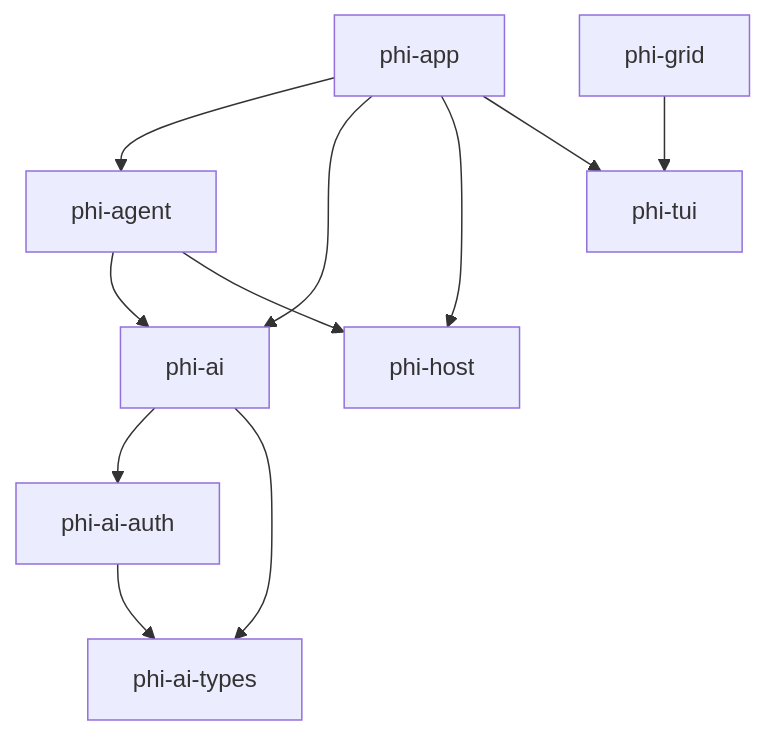
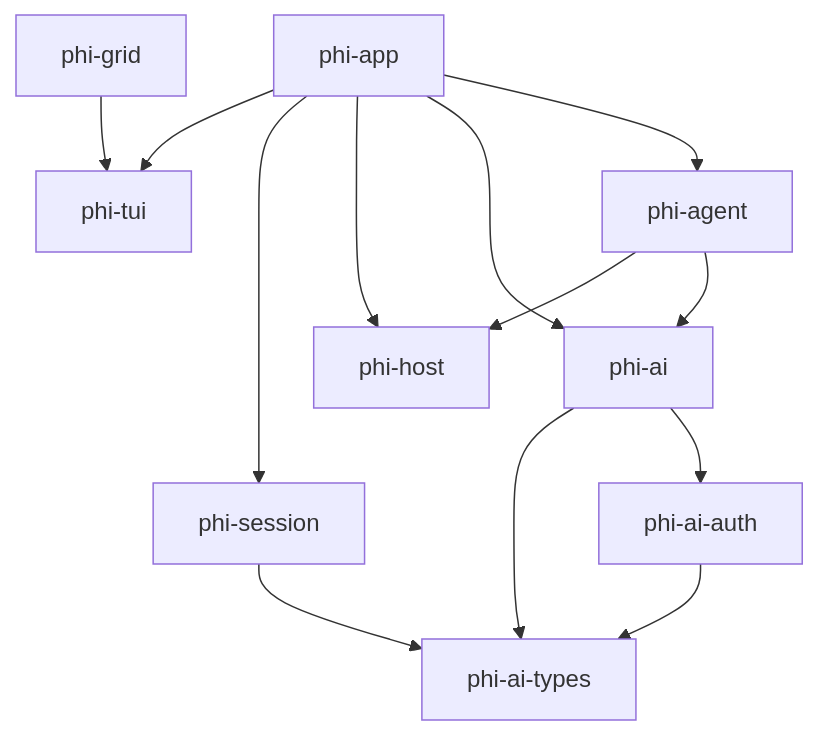
Before and after one commit to y0usaf/phi: the diagram in ARCHITECTURE.md, drawn with Mermaid. The commit also changed other lines of this file and 15 other files, not shown here.

First line of the commit message:
feat(phi-session,phi-app): JSONL session log + --continue (WS4.1)

````diff
--- a/ARCHITECTURE.md
+++ b/ARCHITECTURE.md
@@ -14,13 +14,15 @@
 ```mermaid
 graph TD
   phi_agent["phi-agent"] --> phi_ai["phi-ai"]
   phi_agent["phi-agent"] --> phi_host["phi-host"]
   phi_ai["phi-ai"] --> phi_ai_auth["phi-ai-auth"]
   phi_ai["phi-ai"] --> phi_ai_types["phi-ai-types"]
   phi_ai_auth["phi-ai-auth"] --> phi_ai_types["phi-ai-types"]
   phi_app["phi-app"] --> phi_agent["phi-agent"]
   phi_app["phi-app"] --> phi_ai["phi-ai"]
   phi_app["phi-app"] --> phi_host["phi-host"]
+  phi_app["phi-app"] --> phi_session["phi-session"]
   phi_app["phi-app"] --> phi_tui["phi-tui"]
   phi_grid["phi-grid"] --> phi_tui["phi-tui"]
+  phi_session["phi-session"] --> phi_ai_types["phi-ai-types"]
 ```
````
